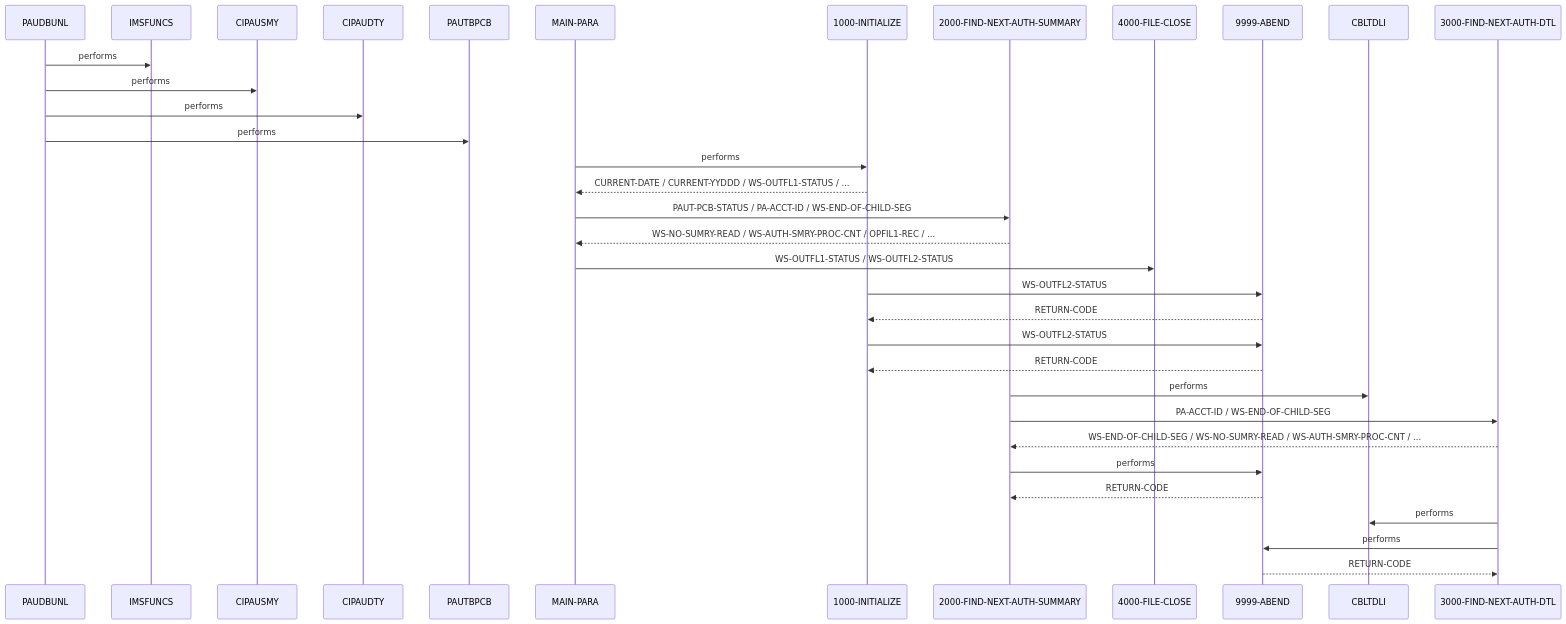
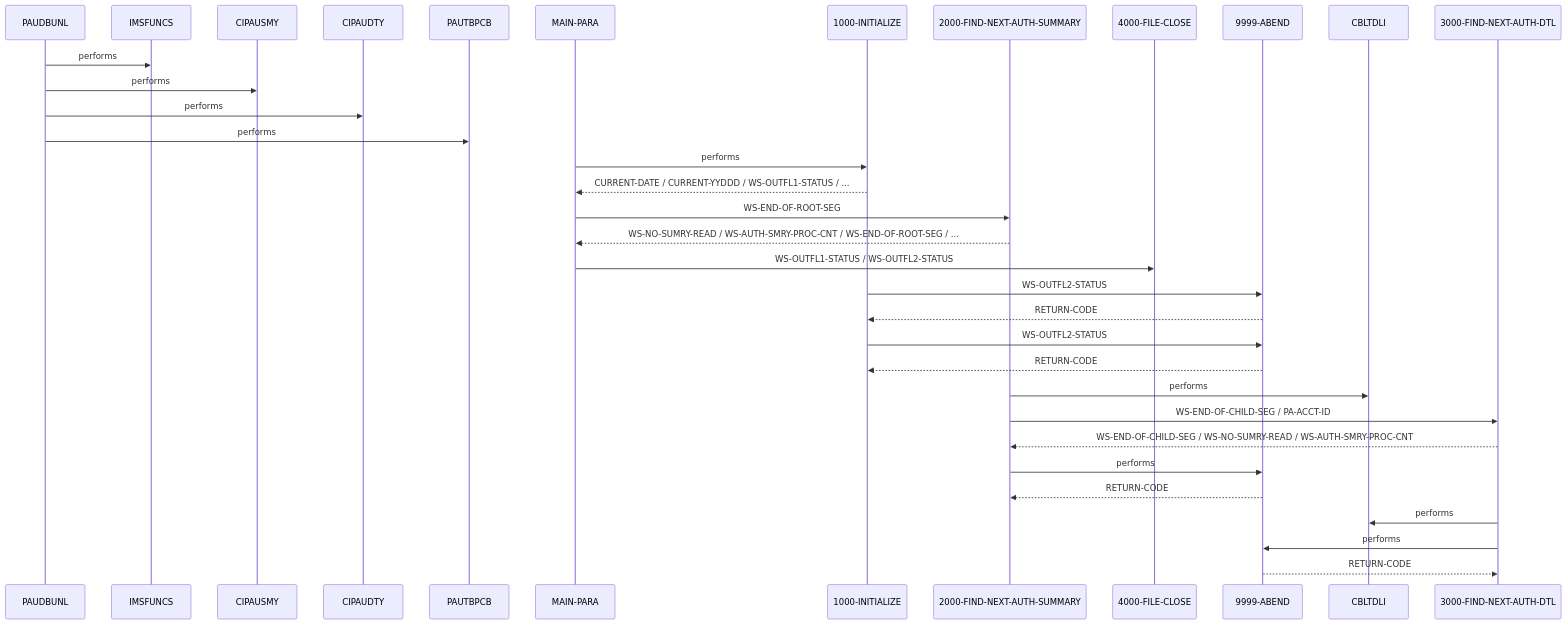
Before and after one commit to andrasfe/war_rig: the second of 2 diagrams in example_output/cbl/PAUDBUNL.CBL.md, drawn with Mermaid. The commit also changed other lines of this file and 238 other files, not shown here.

````diff
--- a/example_output/cbl/PAUDBUNL.CBL.md
+++ b/example_output/cbl/PAUDBUNL.CBL.md
@@ -132,36 +256,36 @@
 ```mermaid
 sequenceDiagram
     participant PAUDBUNL as PAUDBUNL
     participant IMSFUNCS as IMSFUNCS
     participant CIPAUSMY as CIPAUSMY
     participant CIPAUDTY as CIPAUDTY
     participant PAUTBPCB as PAUTBPCB
     participant MAIN_PARA as MAIN-PARA
     participant 1000_INITIALIZE as 1000-INITIALIZE
     participant 2000_FIND_NEXT_AUTH_SUMMARY as 2000-FIND-NEXT-AUTH-SUMMARY
     participant 4000_FILE_CLOSE as 4000-FILE-CLOSE
     participant 9999_ABEND as 9999-ABEND
     participant CBLTDLI as CBLTDLI
     participant 3000_FIND_NEXT_AUTH_DTL as 3000-FIND-NEXT-AUTH-DTL
     PAUDBUNL->>IMSFUNCS: performs
     PAUDBUNL->>CIPAUSMY: performs
     PAUDBUNL->>CIPAUDTY: performs
     PAUDBUNL->>PAUTBPCB: performs
     MAIN_PARA->>1000_INITIALIZE: performs
     1000_INITIALIZE-->>MAIN_PARA: CURRENT-DATE / CURRENT-YYDDD / WS-OUTFL1-STATUS / ...
-    MAIN_PARA->>2000_FIND_NEXT_AUTH_SUMMARY: PAUT-PCB-STATUS / PA-ACCT-ID / WS-END-OF-CHILD-SEG
-    2000_FIND_NEXT_AUTH_SUMMARY-->>MAIN_PARA: WS-NO-SUMRY-READ / WS-AUTH-SMRY-PROC-CNT / OPFIL1-REC / ...
+    MAIN_PARA->>2000_FIND_NEXT_AUTH_SUMMARY: WS-END-OF-ROOT-SEG
+    2000_FIND_NEXT_AUTH_SUMMARY-->>MAIN_PARA: WS-NO-SUMRY-READ / WS-AUTH-SMRY-PROC-CNT / WS-END-OF-ROOT-SEG / ...
     MAIN_PARA->>4000_FILE_CLOSE: WS-OUTFL1-STATUS / WS-OUTFL2-STATUS
     1000_INITIALIZE->>9999_ABEND: WS-OUTFL2-STATUS
     9999_ABEND-->>1000_INITIALIZE: RETURN-CODE
     1000_INITIALIZE->>9999_ABEND: WS-OUTFL2-STATUS
     9999_ABEND-->>1000_INITIALIZE: RETURN-CODE
     2000_FIND_NEXT_AUTH_SUMMARY->>CBLTDLI: performs
-    2000_FIND_NEXT_AUTH_SUMMARY->>3000_FIND_NEXT_AUTH_DTL: PA-ACCT-ID / WS-END-OF-CHILD-SEG
-    3000_FIND_NEXT_AUTH_DTL-->>2000_FIND_NEXT_AUTH_SUMMARY: WS-END-OF-CHILD-SEG / WS-NO-SUMRY-READ / WS-AUTH-SMRY-PROC-CNT / ...
+    2000_FIND_NEXT_AUTH_SUMMARY->>3000_FIND_NEXT_AUTH_DTL: WS-END-OF-CHILD-SEG / PA-ACCT-ID
+    3000_FIND_NEXT_AUTH_DTL-->>2000_FIND_NEXT_AUTH_SUMMARY: WS-END-OF-CHILD-SEG / WS-NO-SUMRY-READ / WS-AUTH-SMRY-PROC-CNT
     2000_FIND_NEXT_AUTH_SUMMARY->>9999_ABEND: performs
     9999_ABEND-->>2000_FIND_NEXT_AUTH_SUMMARY: RETURN-CODE
     3000_FIND_NEXT_AUTH_DTL->>CBLTDLI: performs
     3000_FIND_NEXT_AUTH_DTL->>9999_ABEND: performs
     9999_ABEND-->>3000_FIND_NEXT_AUTH_DTL: RETURN-CODE
 ```
````
